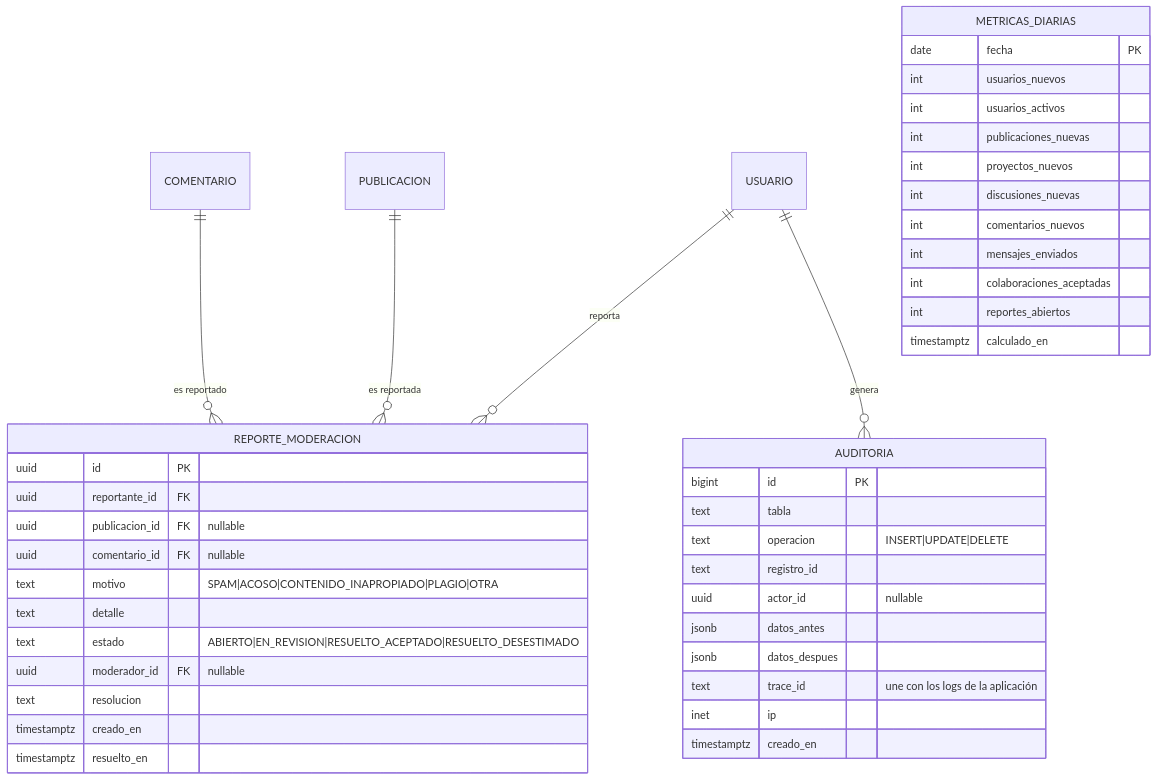
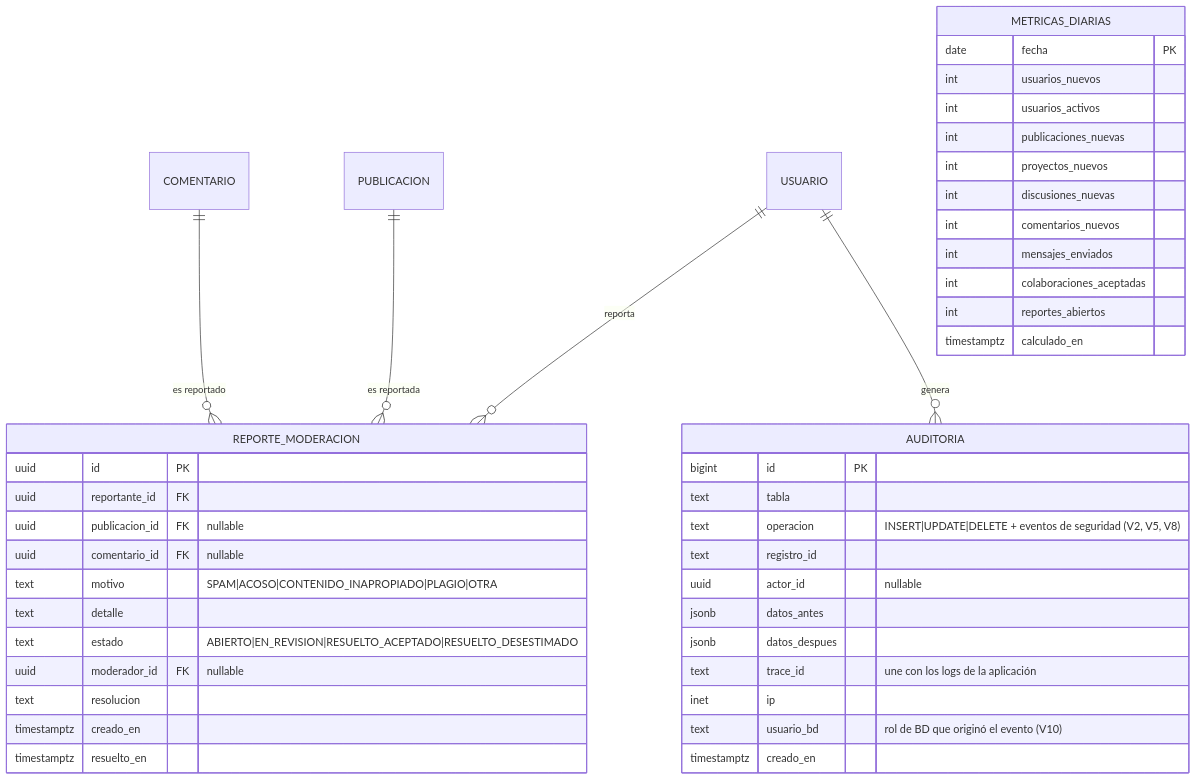
One commit to EAP02/EAP02-Back changed the fifth of 5 diagrams in docs/bd/02-modelo-logico.md. Above: the diagram before and after it, drawn with Mermaid. The commit also changed other lines of this file and 12 other files, not shown here.

````diff
--- a/docs/bd/02-modelo-logico.md
+++ b/docs/bd/02-modelo-logico.md
@@ -417,46 +423,47 @@
 ```mermaid
 erDiagram
     USUARIO ||--o{ REPORTE_MODERACION : "reporta"
     PUBLICACION ||--o{ REPORTE_MODERACION : "es reportada"
     COMENTARIO ||--o{ REPORTE_MODERACION : "es reportado"
     USUARIO ||--o{ AUDITORIA : "genera"
 
     REPORTE_MODERACION {
         uuid id PK
         uuid reportante_id FK
         uuid publicacion_id FK "nullable"
         uuid comentario_id FK "nullable"
         text motivo "SPAM|ACOSO|CONTENIDO_INAPROPIADO|PLAGIO|OTRA"
         text detalle
         text estado "ABIERTO|EN_REVISION|RESUELTO_ACEPTADO|RESUELTO_DESESTIMADO"
         uuid moderador_id FK "nullable"
         text resolucion
         timestamptz creado_en
         timestamptz resuelto_en
     }
     AUDITORIA {
         bigint id PK
         text tabla
-        text operacion "INSERT|UPDATE|DELETE"
+        text operacion "INSERT|UPDATE|DELETE + eventos de seguridad (V2, V5, V8)"
         text registro_id
         uuid actor_id "nullable"
         jsonb datos_antes
         jsonb datos_despues
         text trace_id "une con los logs de la aplicación"
         inet ip
+        text usuario_bd "rol de BD que originó el evento (V10)"
         timestamptz creado_en
     }
     METRICAS_DIARIAS {
         date fecha PK
         int usuarios_nuevos
         int usuarios_activos
         int publicaciones_nuevas
         int proyectos_nuevos
         int discusiones_nuevas
         int comentarios_nuevos
         int mensajes_enviados
         int colaboraciones_aceptadas
         int reportes_abiertos
         timestamptz calculado_en
     }
 ```
````
